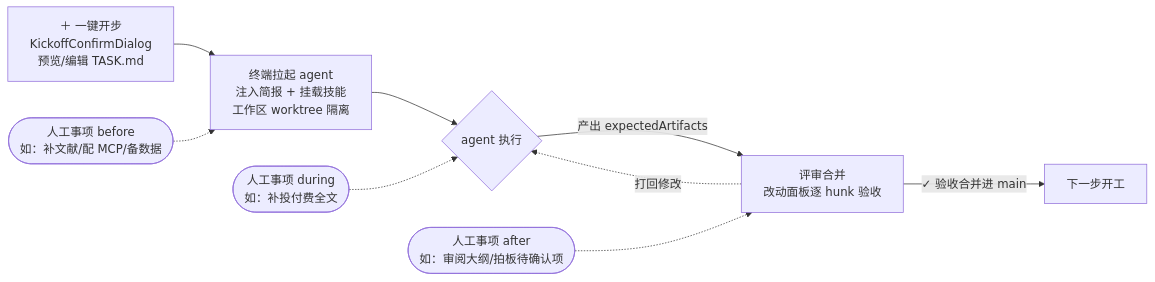
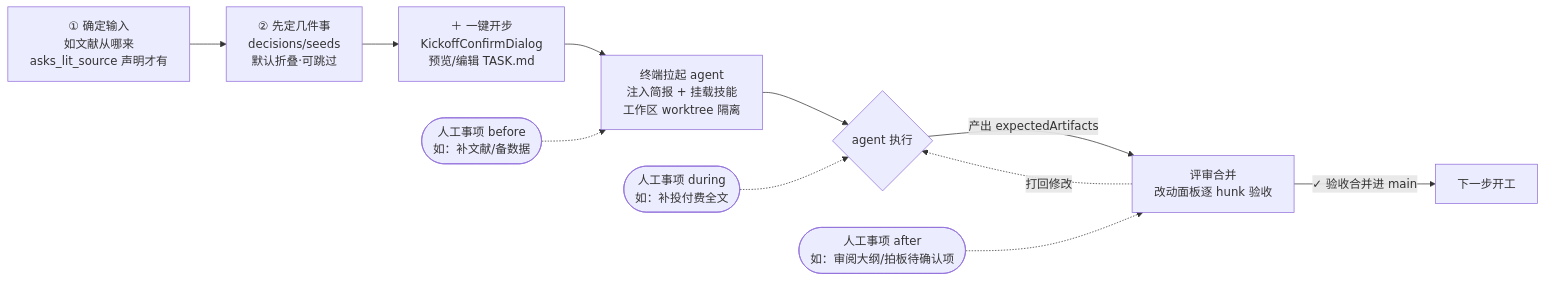
The second of 7 diagrams in docs/research-workflow-flowchart.md (hongtongzhou-design/ccode), drawn with Mermaid before and after one commit. The commit also changed other lines of this file and 71 other files, not shown here.

````diff
--- a/docs/research-workflow-flowchart.md
+++ b/docs/research-workflow-flowchart.md
@@ -40,11 +43,13 @@
 ```mermaid
 flowchart LR
-    K[＋ 一键开步<br/>KickoffConfirmDialog<br/>预览/编辑 TASK.md] --> T[终端拉起 agent<br/>注入简报 + 挂载技能<br/>工作区 worktree 隔离]
-    H1([人工事项 before<br/>如：补文献/配 MCP/备数据]) -.-> T
+    I[① 确定输入<br/>如文献从哪来<br/>asks_lit_source 声明才有] --> D[② 先定几件事<br/>decisions/seeds<br/>默认折叠·可跳过]
+    D --> K[＋ 一键开步<br/>KickoffConfirmDialog<br/>预览/编辑 TASK.md]
+    K --> T[终端拉起 agent<br/>注入简报 + 挂载技能<br/>工作区 worktree 隔离]
+    H1([人工事项 before<br/>如：补文献/备数据]) -.-> T
     T --> X{agent 执行}
     H2([人工事项 during<br/>如：补投付费全文]) -.-> X
     X -->|产出 expectedArtifacts| R[评审合并<br/>改动面板逐 hunk 验收]
     H3([人工事项 after<br/>如：审阅大纲/拍板待确认项]) -.-> R
     R -->|✓ 验收合并进 main| N[下一步开工]
     R -.->|打回修改| X
 ```
````
